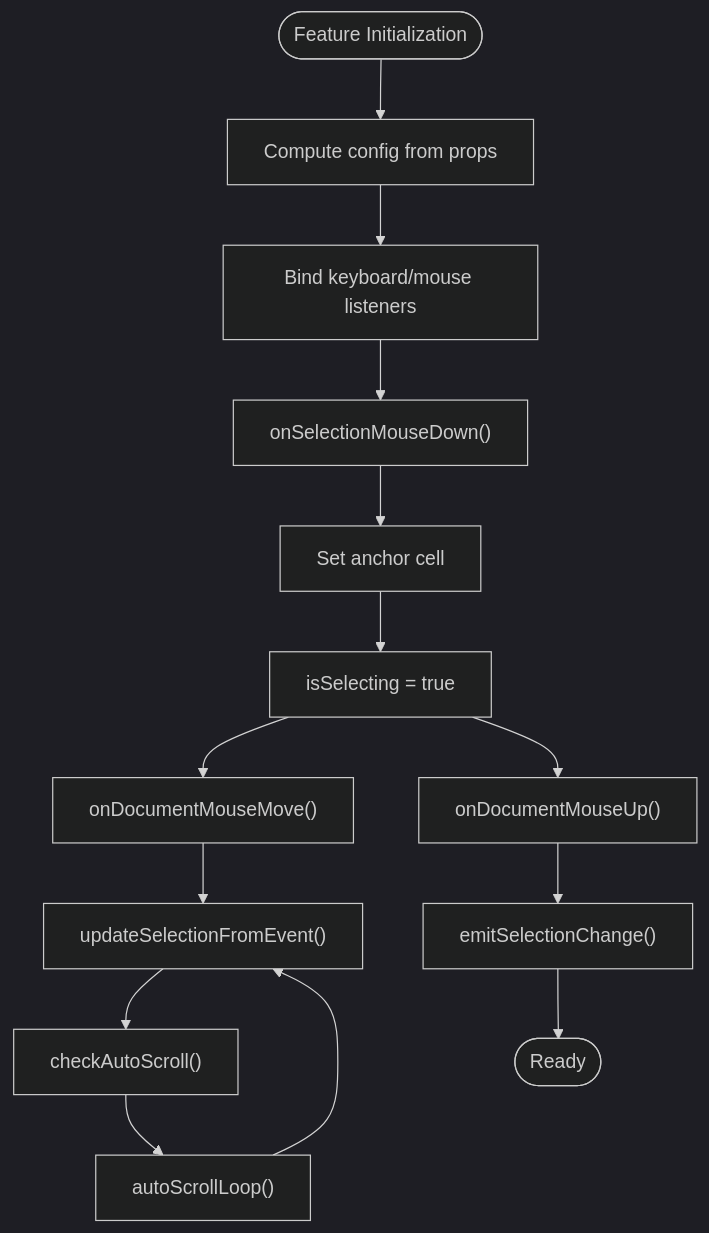
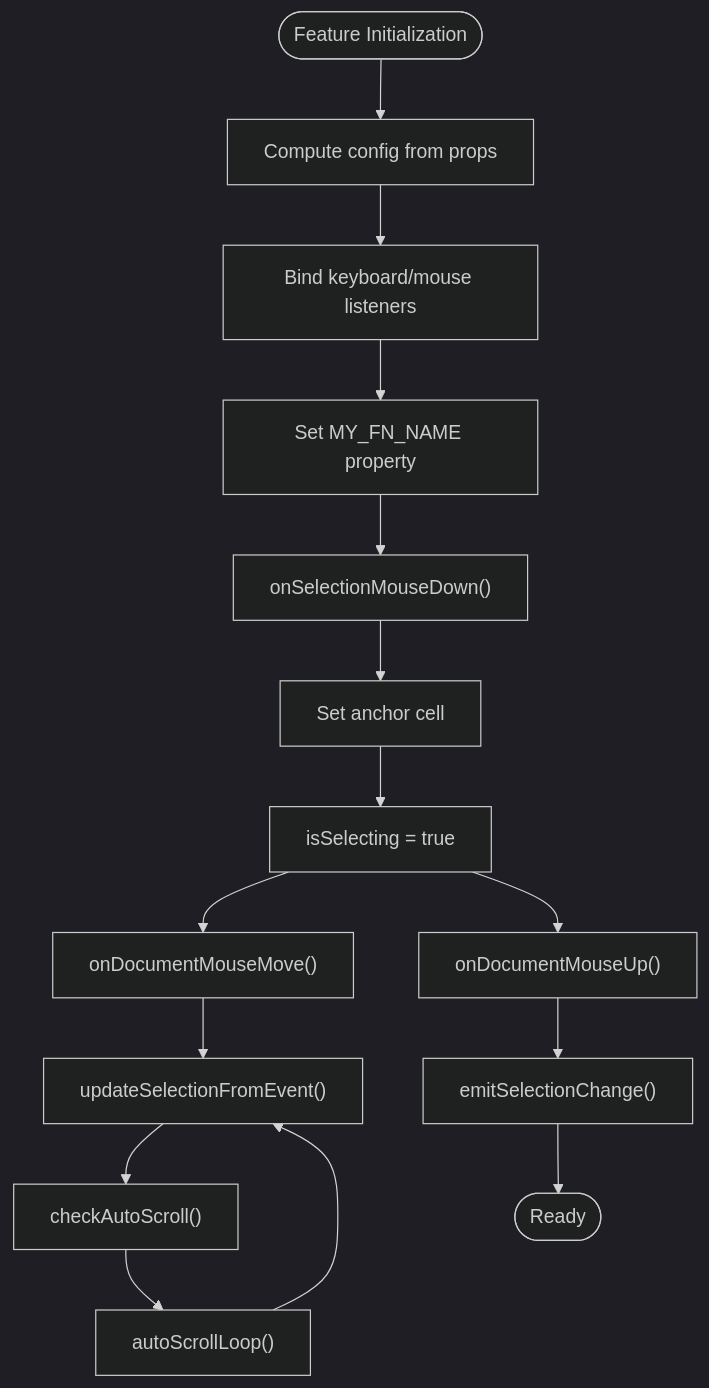
The fourth of 6 diagrams in .qoder/repowiki/en/content/Core Concepts/On-Demand Feature Registration.md (ja-plus/stk-table-vue), drawn with Mermaid (dark theme) before and after one commit. The commit also changed other lines of this file and 2 other files, not shown here.

````diff
--- a/.qoder/repowiki/en/content/Core Concepts/On-Demand Feature Registration.md
+++ b/.qoder/repowiki/en/content/Core Concepts/On-Demand Feature Registration.md
@@ -161,16 +196,17 @@
 ```mermaid
 flowchart TD
 Start(["Feature Initialization"]) --> Config["Compute config from props"]
 Config --> BindEvents["Bind keyboard/mouse listeners"]
-BindEvents --> MouseDown["onSelectionMouseDown()"]
+BindEvents --> SetName["Set MY_FN_NAME property"]
+SetName --> MouseDown["onSelectionMouseDown()"]
 MouseDown --> SetAnchor["Set anchor cell"]
 SetAnchor --> Dragging["isSelecting = true"]
 Dragging --> MouseMove["onDocumentMouseMove()"]
 MouseMove --> UpdateSel["updateSelectionFromEvent()"]
 UpdateSel --> AutoScroll["checkAutoScroll()"]
 AutoScroll --> RAF["autoScrollLoop()"]
 RAF --> UpdateSel
 Dragging --> MouseUp["onDocumentMouseUp()"]
 MouseUp --> Emit["emitSelectionChange()"]
 Emit --> End(["Ready"])
 ```
````
